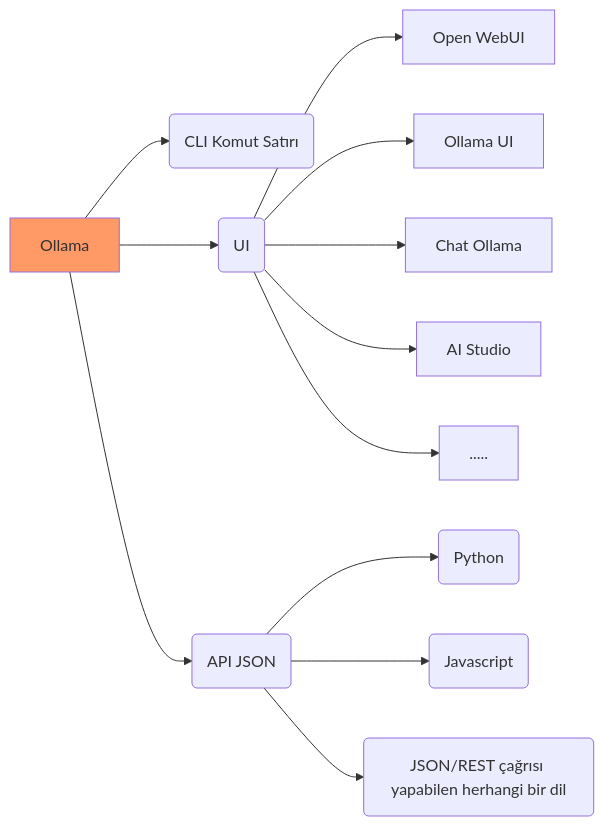
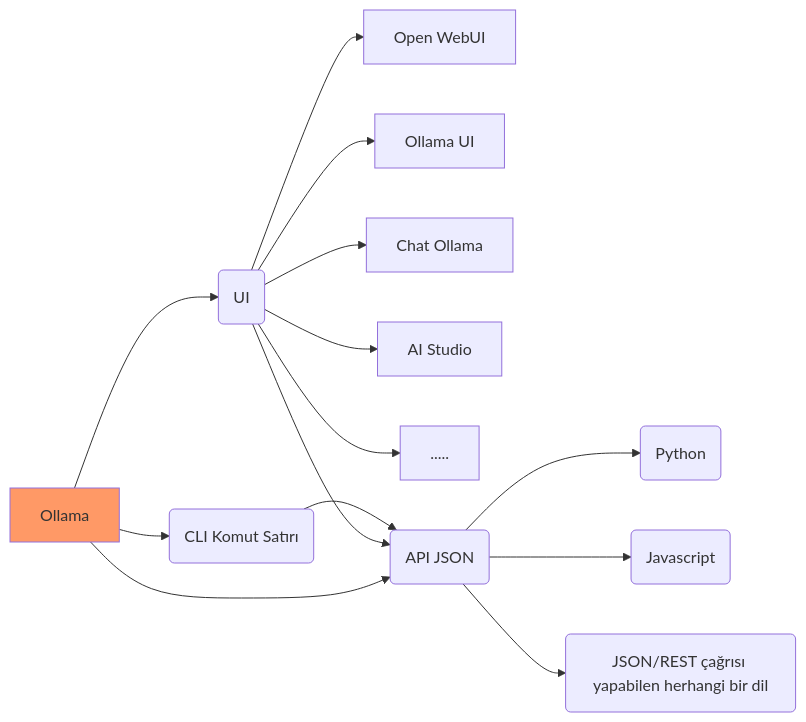
One commit to ati-ozgur/kurs-ollama changed the diagram in diagrams/ollama-applications.md. Above: the diagram before and after it, drawn with Mermaid.

Commit message:
change diagram

````diff
--- a/diagrams/ollama-applications.md
+++ b/diagrams/ollama-applications.md
@@ -1,17 +1,19 @@
 ```{mermaid}
 %%| fig-width: 2
 flowchart LR
     O[Ollama] --> C(CLI Komut Satırı)
     O --> UI(UI)
     UI --> UI1[Open WebUI]
     UI --> UI2[Ollama UI]
     UI --> UI3[Chat Ollama]
     UI --> UI4[AI Studio]
     UI --> UI5[.....]
+    C --> A
+    UI --> A 
     O --> A(API JSON)
     A --> P(Python)
     A --> JS(Javascript)
     A --> PL(JSON/REST çağrısı yapabilen herhangi bir dil)
 
     style O fill:#f96
 ```
````
